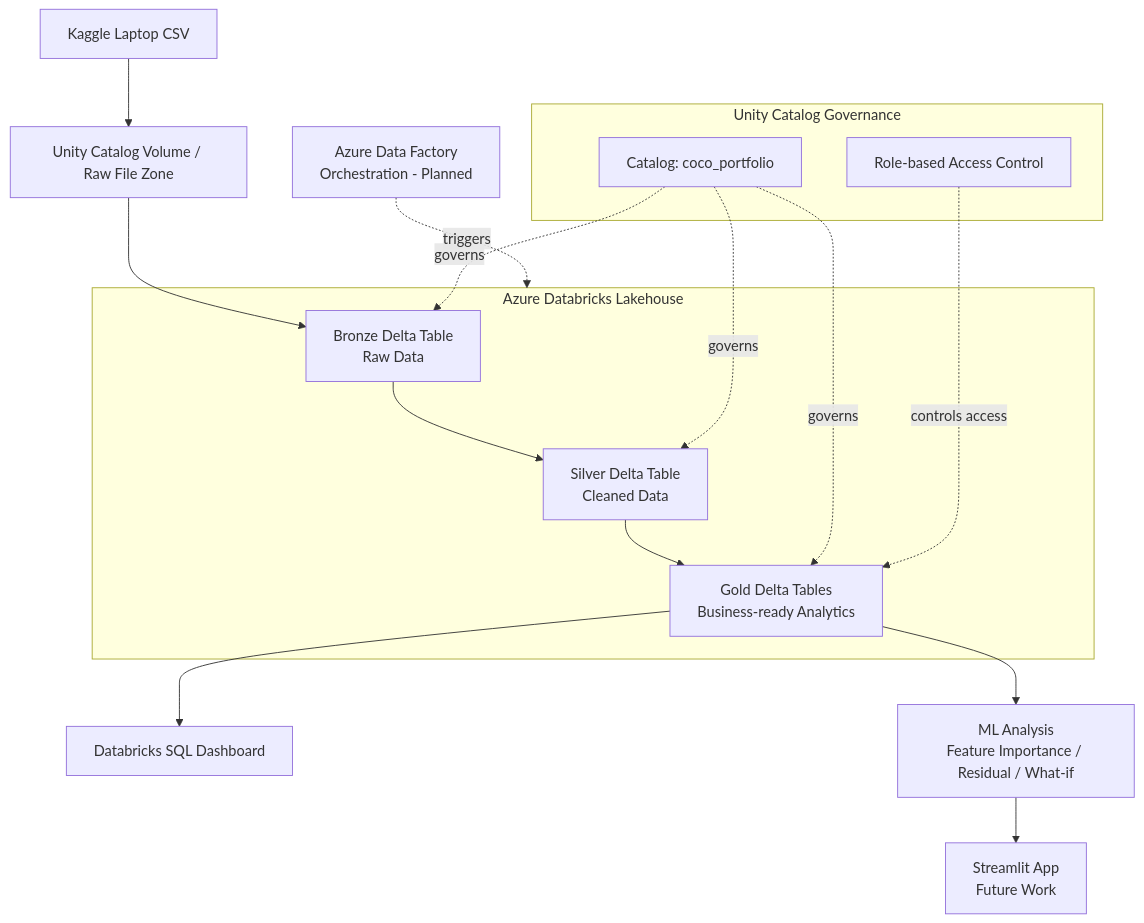
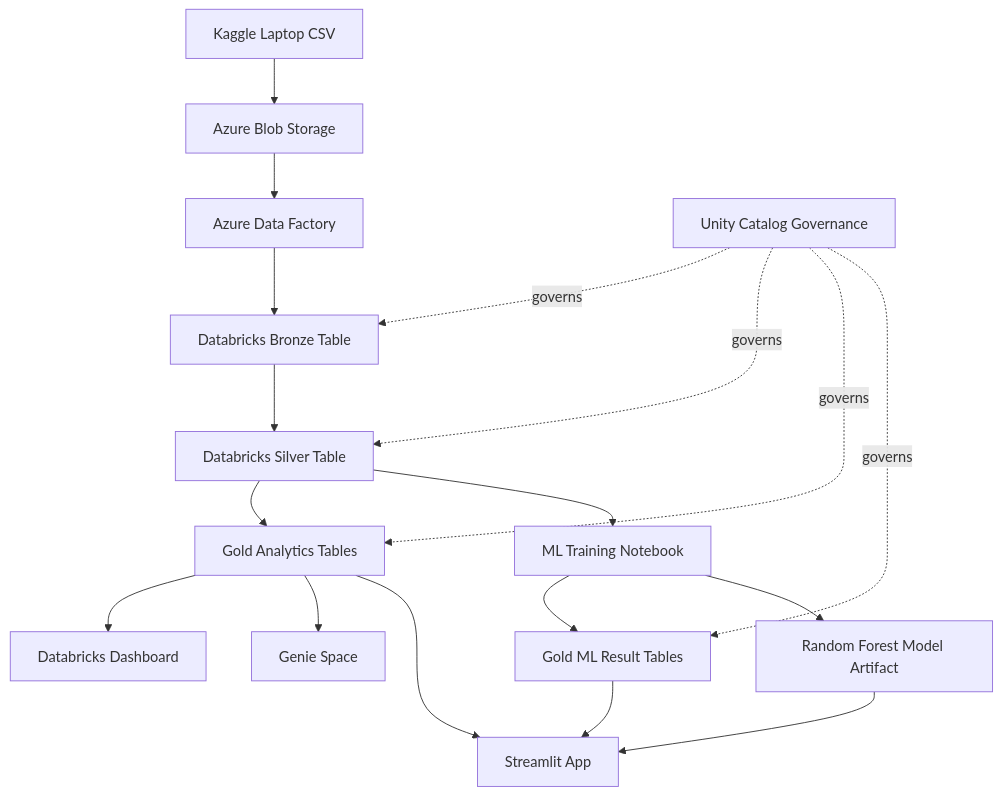
The first of 3 diagrams in README.md (qqqqwer123/azure-databricks-laptop-price-lakehouse), drawn with Mermaid before and after one commit. The commit also changed other lines of this file, not shown here.

Commit message:
update README ML & streamlit

````diff
--- a/README.md
+++ b/README.md
@@ -28,30 +31,22 @@
 ```mermaid
 graph TD
-    A[Kaggle Laptop CSV] --> B[Unity Catalog Volume / Raw File Zone]
+    A[Kaggle Laptop CSV] --> B[Azure Blob Storage]
+    B --> C[Azure Data Factory]
+    C --> D[Databricks Bronze Table]
+    D --> E[Databricks Silver Table]
+    E --> F[Gold Analytics Tables]
+    E --> G[ML Training Notebook]
+    G --> H[Gold ML Result Tables]
+    G --> I[Random Forest Model Artifact]
 
-    subgraph DBX[Azure Databricks Lakehouse]
-        C[Bronze Delta Table<br/>Raw Data]
-        D[Silver Delta Table<br/>Cleaned Data]
-        E[Gold Delta Tables<br/>Business-ready Analytics]
-        C --> D
-        D --> E
-    end
+    F --> J[Databricks Dashboard]
+    F --> K[Genie Space]
+    F --> L[Streamlit App]
+    H --> L
+    I --> L
 
-    B --> C
-
-    subgraph GOV[Unity Catalog Governance]
-        F[Catalog: coco_portfolio]
-        G[Role-based Access Control]
-    end
-
-    F -. governs .-> C
-    F -. governs .-> D
-    F -. governs .-> E
-    G -. controls access .-> E
-
-    E --> H[Databricks SQL Dashboard]
-    E --> I[ML Analysis<br/>Feature Importance / Residual / What-if]
-
-    J[Azure Data Factory<br/>Orchestration - Planned] -. triggers .-> DBX
-    I --> K[Streamlit App<br/>Future Work]
+    M[Unity Catalog Governance] -. governs .-> D
+    M -. governs .-> E
+    M -. governs .-> F
+    M -. governs .-> H
 ```
````
